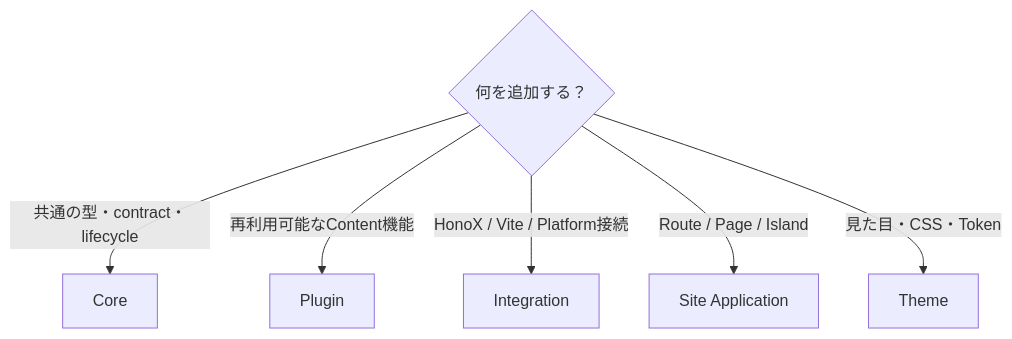
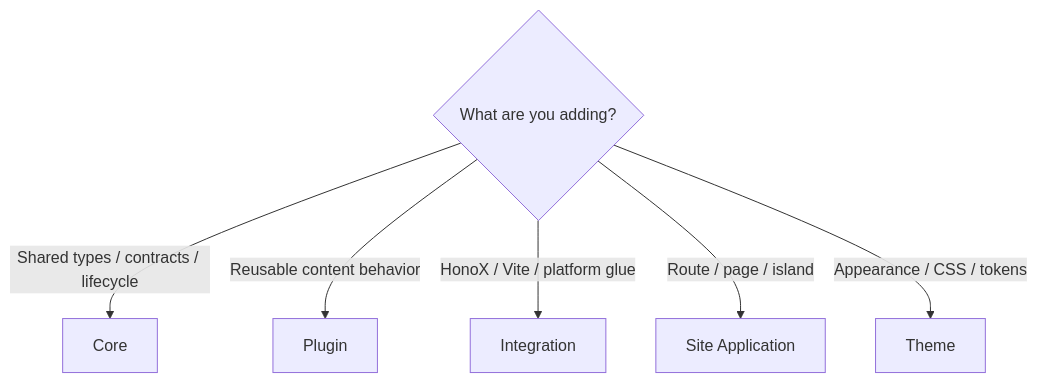
The seventh of 7 diagrams in docs/docs/framework/architecture.md (Rerurate514/riebeckite), drawn with Mermaid before and after one commit. The commit also changed other lines of this file and 604 other files, not shown here.

````diff
--- a/docs/docs/framework/architecture.md
+++ b/docs/docs/framework/architecture.md
@@ -405,10 +376,10 @@
-```mermaid id="hdzg9c"
+```mermaid
 flowchart TD
-    Q{"何を追加する？"}
+    Q{"What are you adding?"}
 
-    Q -->|"共通の型・contract・lifecycle"| Core["Core"]
-    Q -->|"再利用可能なContent機能"| Plugin["Plugin"]
-    Q -->|"HonoX / Vite / Platform接続"| Integration["Integration"]
-    Q -->|"Route / Page / Island"| App["Site Application"]
-    Q -->|"見た目・CSS・Token"| Theme["Theme"]
+    Q -->|"Shared types / contracts / lifecycle"| Core["Core"]
+    Q -->|"Reusable content behavior"| Plugin["Plugin"]
+    Q -->|"HonoX / Vite / platform glue"| Integration["Integration"]
+    Q -->|"Route / page / island"| App["Site Application"]
+    Q -->|"Appearance / CSS / tokens"| Theme["Theme"]
 ```
````
